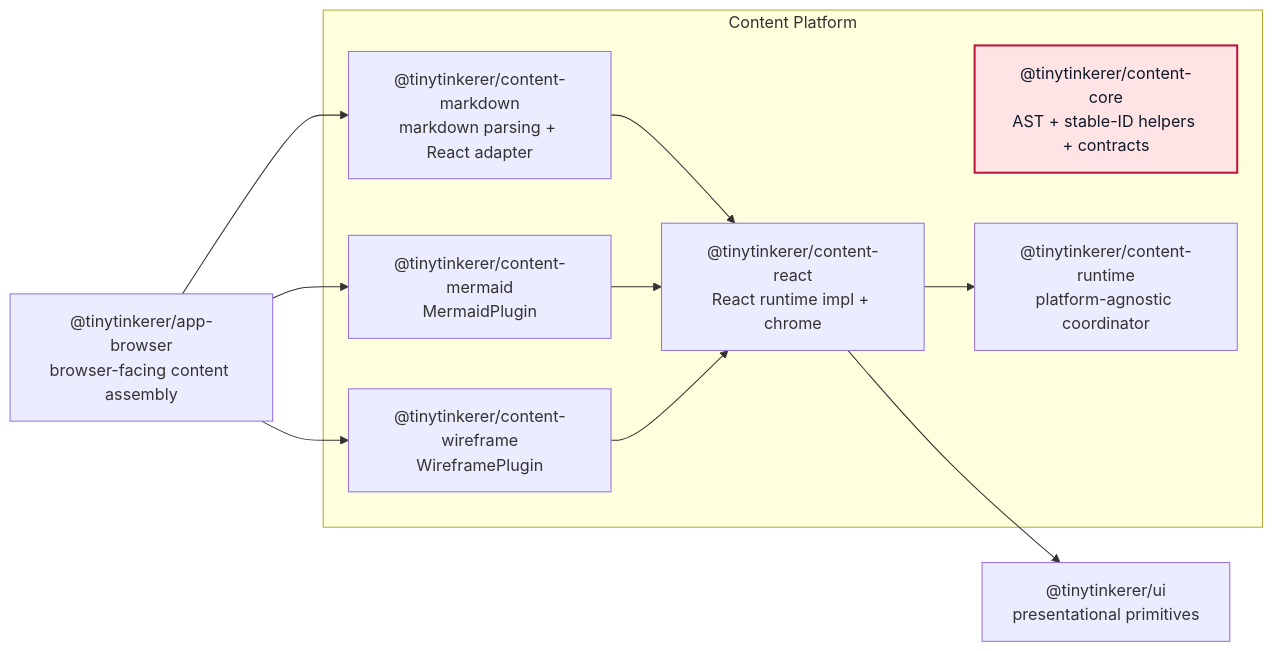
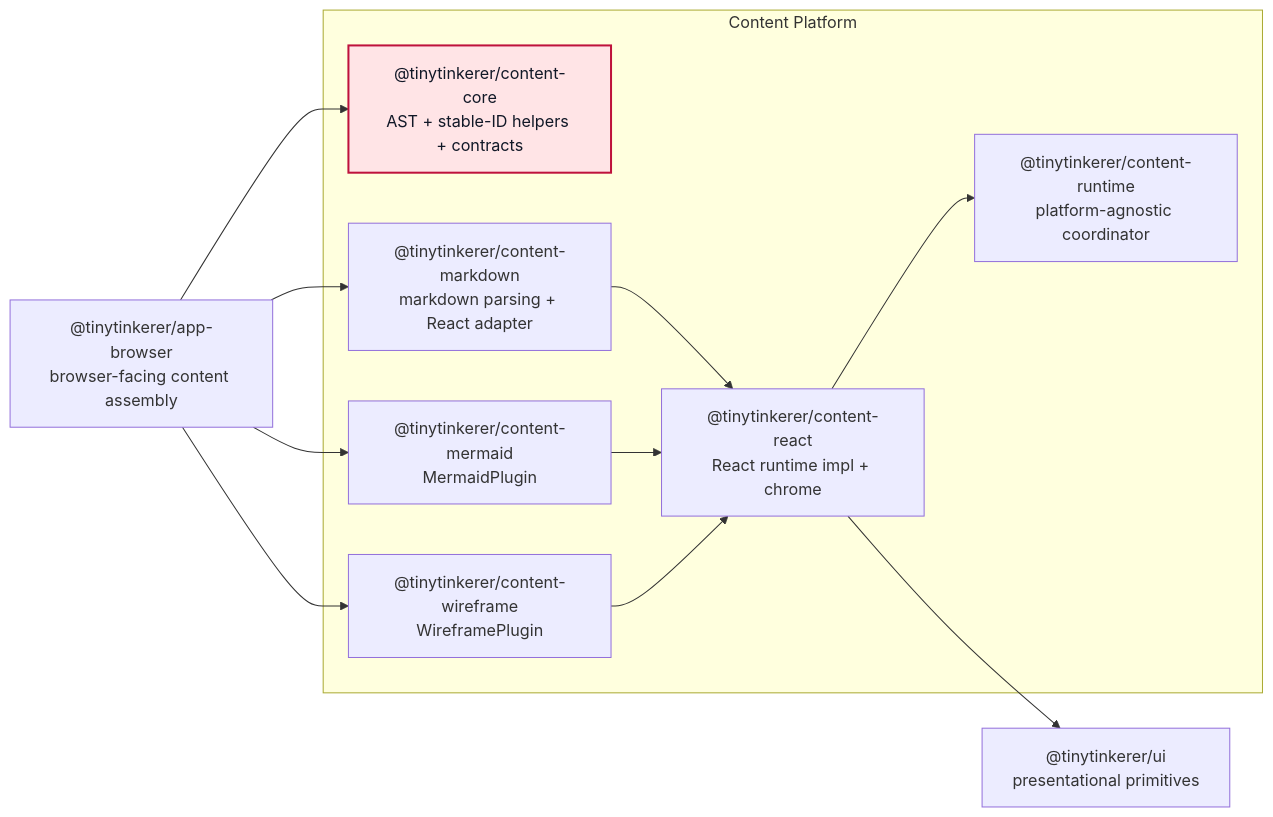
Before and after one commit to NNTin/tinytinkerer: the diagram in docs/content-platform.md, drawn with Mermaid. The commit also changed other lines of this file and 11 other files, not shown here.

````diff
--- a/docs/content-platform.md
+++ b/docs/content-platform.md
@@ -217,29 +219,30 @@
 ```mermaid
 flowchart LR
   appbrowser["@tinytinkerer/app-browser<br/>browser-facing content assembly"]
 
   subgraph ContentPlatform["Content Platform"]
     contentcore["@tinytinkerer/content-core<br/>AST + stable-ID helpers + contracts"]
     contentruntime["@tinytinkerer/content-runtime<br/>platform-agnostic coordinator"]
     contentreact["@tinytinkerer/content-react<br/>React runtime impl + chrome"]
     contentmarkdown["@tinytinkerer/content-markdown<br/>markdown parsing + React adapter"]
     contentmermaid["@tinytinkerer/content-mermaid<br/>MermaidPlugin"]
     contentwireframe["@tinytinkerer/content-wireframe<br/>WireframePlugin"]
   end
 
   ui["@tinytinkerer/ui<br/>presentational primitives"]
 
   appbrowser --> contentmarkdown
   appbrowser --> contentmermaid
   appbrowser --> contentwireframe
+  appbrowser --> contentcore
 
   contentreact --> contentruntime
   contentreact --> ui
 
   contentmarkdown --> contentreact
   contentmermaid --> contentreact
   contentwireframe --> contentreact
 
   classDef coreLayer fill:#ffe4e6,stroke:#be123c,color:#111827,stroke-width:2px;
   class contentcore coreLayer;
 ```
````
